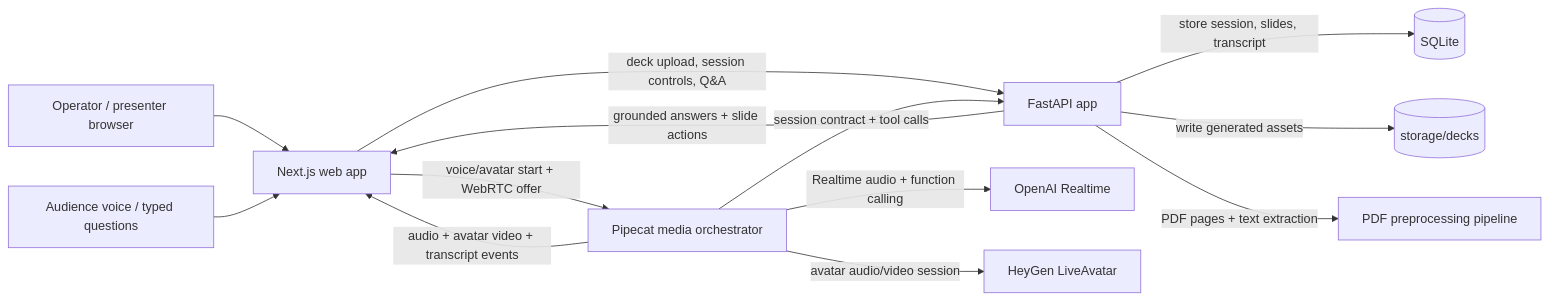
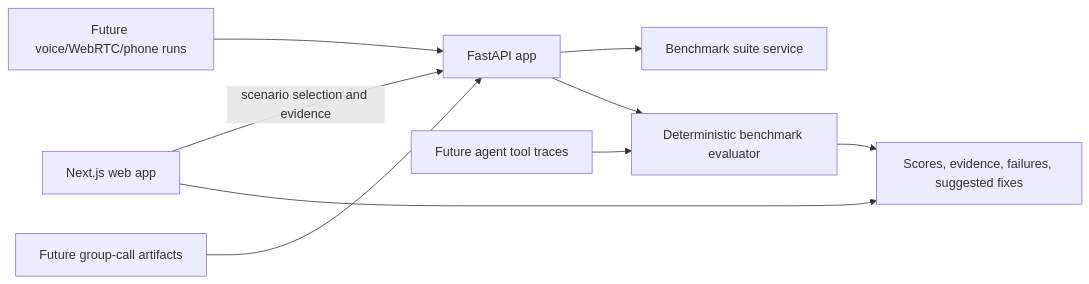
One commit to agonza1/LiveSalesAIPresenter changed the diagram in README.md. Above: the diagram before and after it, drawn with Mermaid. The commit also changed other lines of this file and 37 other files, not shown here.

````diff
--- a/README.md
+++ b/README.md
@@ -24,18 +30,12 @@
 ```mermaid
 flowchart LR
-  Operator[Operator / presenter browser] --> Web[Next.js web app]
-  Audience[Audience voice / typed questions] --> Web
+  Web[Next.js web app] -->|scenario selection and evidence| API[FastAPI app]
+  API --> Suites[Benchmark suite service]
+  API --> Evaluator[Deterministic benchmark evaluator]
+  Evaluator --> Report[Scores, evidence, failures, suggested fixes]
+  Web --> Report
 
-  Web -->|deck upload, session controls, Q&A| API[FastAPI app]
-  API -->|store session, slides, transcript| DB[(SQLite)]
-  API -->|write generated assets| Storage[(storage/decks)]
-  API -->|PDF pages + text extraction| Pipeline[PDF preprocessing pipeline]
-
-  Web -->|voice/avatar start + WebRTC offer| Pipecat[Pipecat media orchestrator]
-  Pipecat -->|session contract + tool calls| API
-  Pipecat -->|Realtime audio + function calling| OpenAI[OpenAI Realtime]
-  Pipecat -->|avatar audio/video session| HeyGen[HeyGen LiveAvatar]
-
-  API -->|grounded answers + slide actions| Web
-  Pipecat -->|audio + avatar video + transcript events| Web
+  Voice[Future voice/WebRTC/phone runs] --> API
+  GroupCalls[Future group-call artifacts] --> API
+  Tools[Future agent tool traces] --> Evaluator
 ```
````
